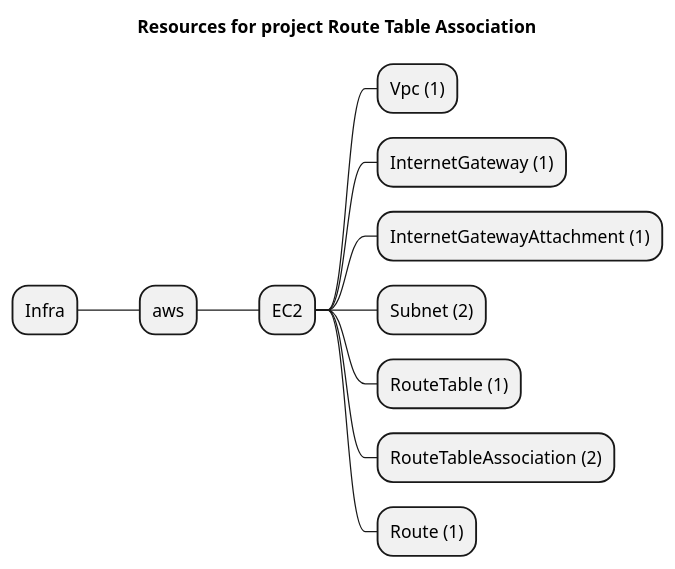
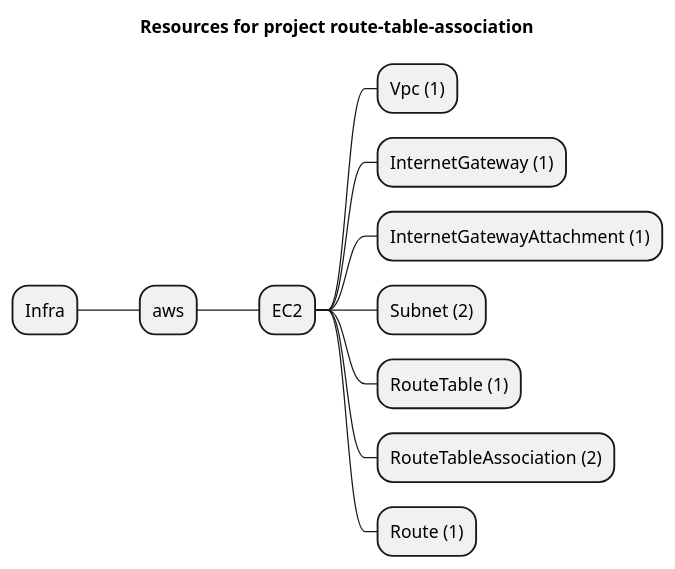
The diagram in examples/aws/EC2/RouteTable/route-table-association/artifacts/resources-mindmap.puml (grucloud/grucloud), drawn with PlantUML before and after one commit. The commit also changed 766 other files, not shown here.

Commit message:
update diagram

```diff
--- a/examples/aws/EC2/RouteTable/route-table-association/artifacts/resources-mindmap.puml
+++ b/examples/aws/EC2/RouteTable/route-table-association/artifacts/resources-mindmap.puml
@@ -1,14 +1,14 @@
 @startmindmap
-title Resources for project Route Table Association
+title Resources for project route-table-association
 skinparam monochrome true
 + Infra
 ++ aws
 +++ EC2
 ++++ Vpc (1)
 ++++ InternetGateway (1)
 ++++ InternetGatewayAttachment (1)
 ++++ Subnet (2)
 ++++ RouteTable (1)
 ++++ RouteTableAssociation (2)
 ++++ Route (1)
 @endmindmap
```
